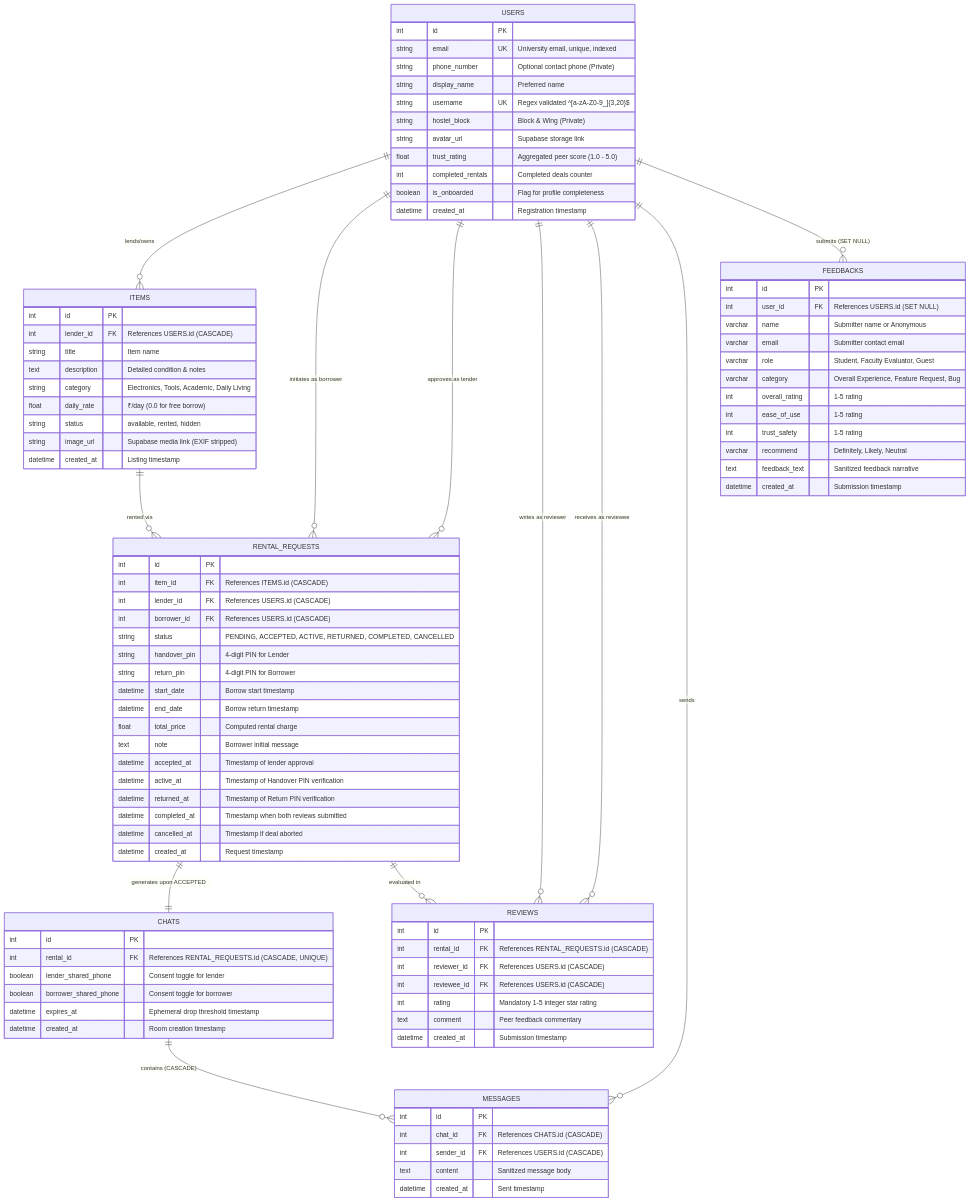
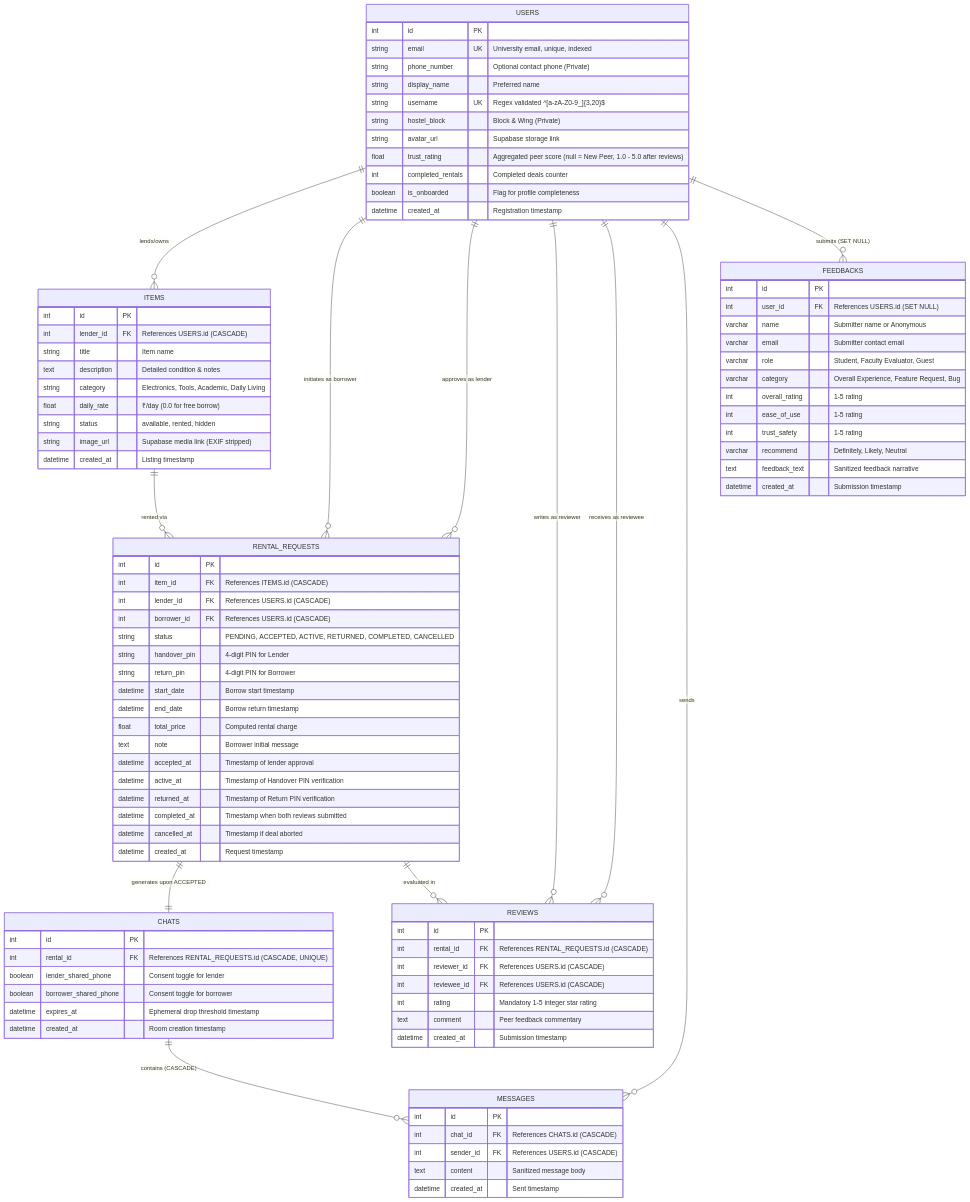
One commit to 2405380-ship-it/Hostel_rental_service changed the diagram in docs/DATABASE_SCHEMA.md. Above: the diagram before and after it, drawn with Mermaid. The commit also changed other lines of this file and 14 other files, not shown here.

```diff
--- a/docs/DATABASE_SCHEMA.md
+++ b/docs/DATABASE_SCHEMA.md
@@ -34,7 +34,7 @@
         string username UK "Regex validated ^[a-zA-Z0-9_]{3,20}$"
         string hostel_block "Block & Wing (Private)"
         string avatar_url "Supabase storage link"
-        float trust_rating "Aggregated peer score (1.0 - 5.0)"
+        float trust_rating "Aggregated peer score (null = New Peer, 1.0 - 5.0 after reviews)"
         int completed_rentals "Completed deals counter"
         boolean is_onboarded "Flag for profile completeness"
         datetime created_at "Registration timestamp"
```
